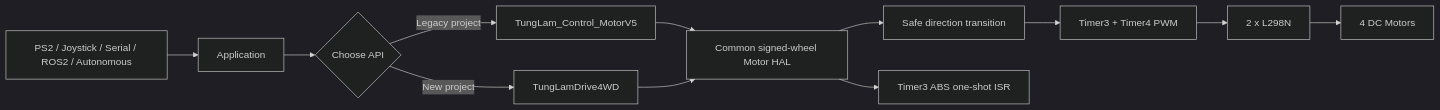
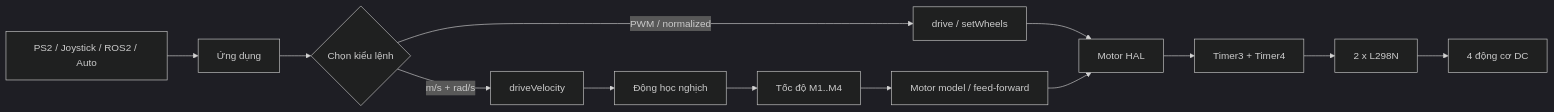
The diagram in README.md (Tunglam0605/TungLam-OmniMecanum-4WD), drawn with Mermaid (dark theme) before and after one commit. The commit also changed other lines of this file and 39 other files, not shown here.

````diff
--- a/README.md
+++ b/README.md
@@ -88,14 +85,15 @@
 ```mermaid
 flowchart LR
-    A[PS2 / Joystick / Serial / ROS2 / Autonomous] --> B[Application]
-    B --> C{Choose API}
-    C -->|Legacy project| D[TungLam_Control_MotorV5]
-    C -->|New project| E[TungLamDrive4WD]
-    D --> F[Common signed-wheel Motor HAL]
-    E --> F
-    F --> G[Safe direction transition]
-    G --> H[Timer3 + Timer4 PWM]
-    H --> I[2 x L298N]
-    I --> J[4 DC Motors]
-    F --> K[Timer3 ABS one-shot ISR]
+    A[PS2 / Joystick / ROS2 / Auto] --> B[Ứng dụng]
+    B --> C{Chọn kiểu lệnh}
+    C -->|PWM / normalized| D[drive / setWheels]
+    C -->|m/s + rad/s| E[driveVelocity]
+    E --> F[Động học nghịch]
+    F --> G[Tốc độ M1..M4]
+    G --> H[Motor model / feed-forward]
+    D --> I[Motor HAL]
+    H --> I
+    I --> J[Timer3 + Timer4]
+    J --> K[2 x L298N]
+    K --> L[4 động cơ DC]
 ```
````
